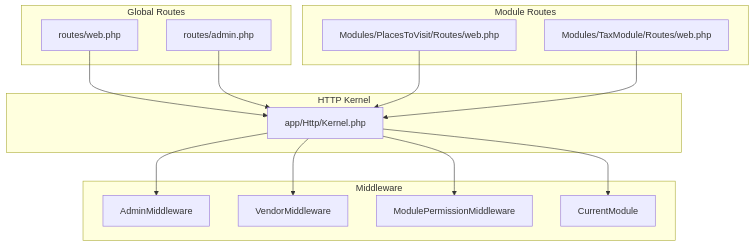
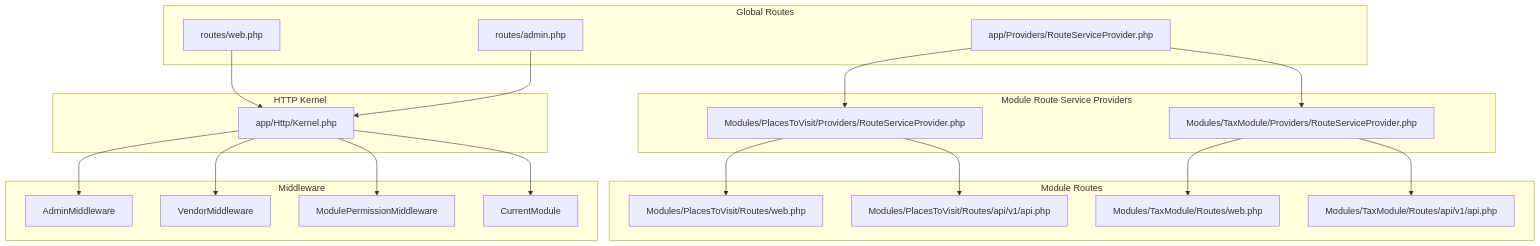
One commit to Hamdies/waddy_back changed the first of 4 diagrams in .qoder/repowiki/en/content/Module System/Routing and Middleware Integration.md. Above: the diagram before and after it, drawn with Mermaid. The commit also changed other lines of this file and 5 other files, not shown here.

````diff
--- a/.qoder/repowiki/en/content/Module System/Routing and Middleware Integration.md
+++ b/.qoder/repowiki/en/content/Module System/Routing and Middleware Integration.md
@@ -42,28 +63,39 @@
 ```mermaid
 graph TB
 subgraph "Global Routes"
 GW["routes/web.php"]
 GA["routes/admin.php"]
+GRSP["app/Providers/RouteServiceProvider.php"]
+end
+subgraph "Module Route Service Providers"
+MPTV_RouteSP["Modules/PlacesToVisit/Providers/RouteServiceProvider.php"]
+MTAX_RouteSP["Modules/TaxModule/Providers/RouteServiceProvider.php"]
 end
 subgraph "Module Routes"
-MPTV["Modules/PlacesToVisit/Routes/web.php"]
-MTAX["Modules/TaxModule/Routes/web.php"]
+MPTV_WEB["Modules/PlacesToVisit/Routes/web.php"]
+MPTV_API["Modules/PlacesToVisit/Routes/api/v1/api.php"]
+MTAX_WEB["Modules/TaxModule/Routes/web.php"]
+MTAX_API["Modules/TaxModule/Routes/api/v1/api.php"]
 end
 subgraph "HTTP Kernel"
 HK["app/Http/Kernel.php"]
 end
 subgraph "Middleware"
 AMW["AdminMiddleware"]
 VMW["VendorMiddleware"]
 CMP["ModulePermissionMiddleware"]
 CMU["CurrentModule"]
 end
 GW --> HK
 GA --> HK
-MPTV --> HK
-MTAX --> HK
+GRSP --> MPTV_RouteSP
+GRSP --> MTAX_RouteSP
+MPTV_RouteSP --> MPTV_WEB
+MPTV_RouteSP --> MPTV_API
+MTAX_RouteSP --> MTAX_WEB
+MTAX_RouteSP --> MTAX_API
 HK --> AMW
 HK --> VMW
 HK --> CMP
 HK --> CMU
 ```
````
